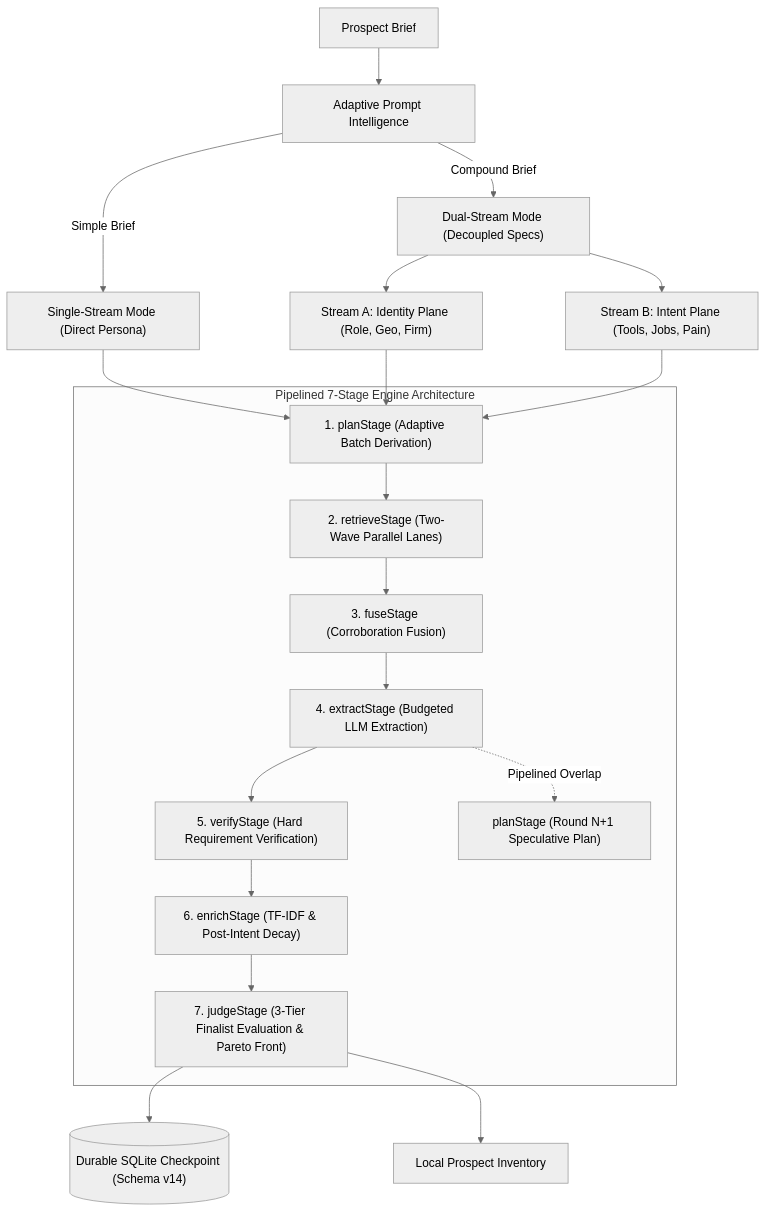
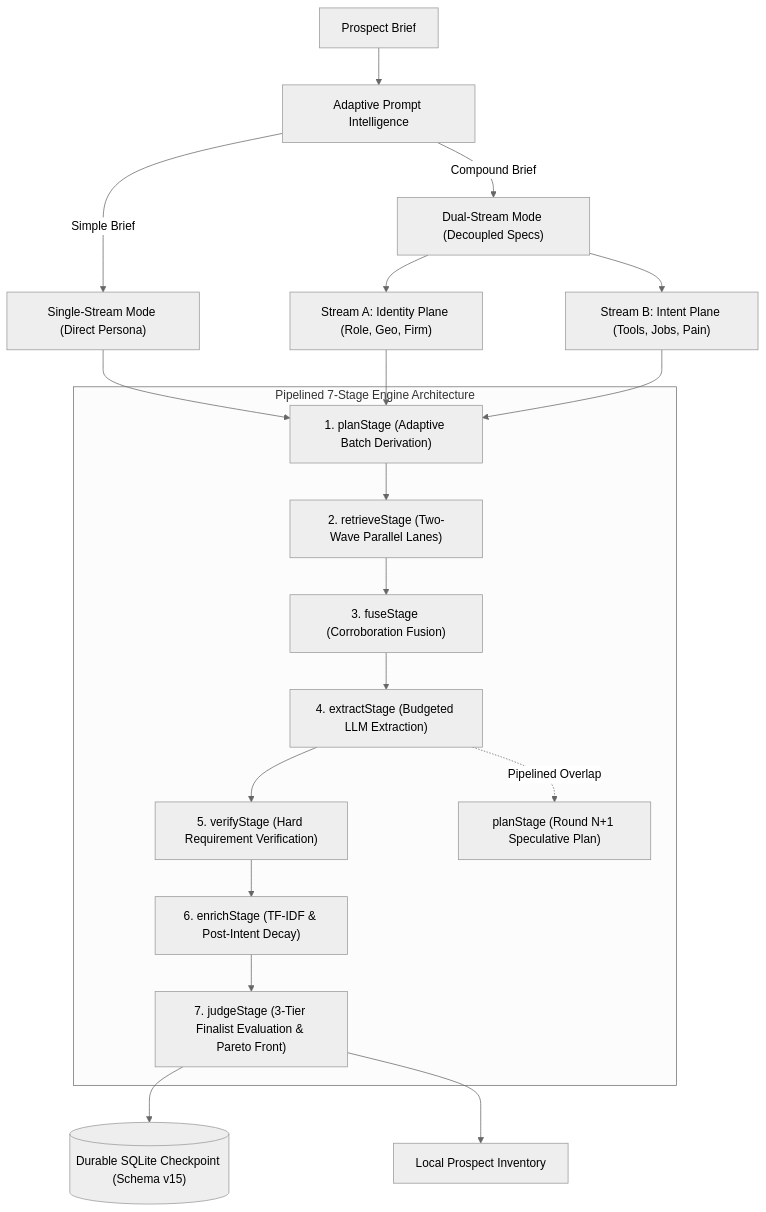
One commit to AliasHolmes/Apex-CRM changed the first of 2 diagrams in README.md. Above: the diagram before and after it, drawn with Mermaid (neutral theme). The commit also changed other lines of this file and 16 other files, not shown here.

````diff
--- a/README.md
+++ b/README.md
@@ -40,28 +40,28 @@
 ```mermaid
 flowchart TD
     Brief["Prospect Brief"] --> Classifier["Adaptive Prompt Intelligence"]
     Classifier -->|Simple Brief| StreamIdentity["Single-Stream Mode (Direct Persona)"]
     Classifier -->|Compound Brief| StreamDual["Dual-Stream Mode (Decoupled Specs)"]
     StreamDual --> StreamA["Stream A: Identity Plane (Role, Geo, Firm)"]
     StreamDual --> StreamB["Stream B: Intent Plane (Tools, Jobs, Pain)"]
-    
+
     subgraph Stages ["Pipelined 7-Stage Engine Architecture"]
         Plan["1. planStage (Adaptive Batch Derivation)"]
         Retrieve["2. retrieveStage (Two-Wave Parallel Lanes)"]
         Fuse["3. fuseStage (Corroboration Fusion)"]
         Extract["4. extractStage (Budgeted LLM Extraction)"]
         Verify["5. verifyStage (Hard Requirement Verification)"]
         Enrich["6. enrichStage (TF-IDF & Post-Intent Decay)"]
         Judge["7. judgeStage (3-Tier Finalist Evaluation & Pareto Front)"]
-        
+
         Plan --> Retrieve --> Fuse --> Extract --> Verify --> Enrich --> Judge
         Extract -.->|Pipelined Overlap| PlanNext["planStage (Round N+1 Speculative Plan)"]
     end
 
     StreamIdentity --> Plan
     StreamA --> Plan
     StreamB --> Plan
-    
-    Judge --> Checkpoint[("Durable SQLite Checkpoint (Schema v14)")]
+
+    Judge --> Checkpoint[("Durable SQLite Checkpoint (Schema v15)")]
     Judge --> Inventory["Local Prospect Inventory"]
 ```
````
